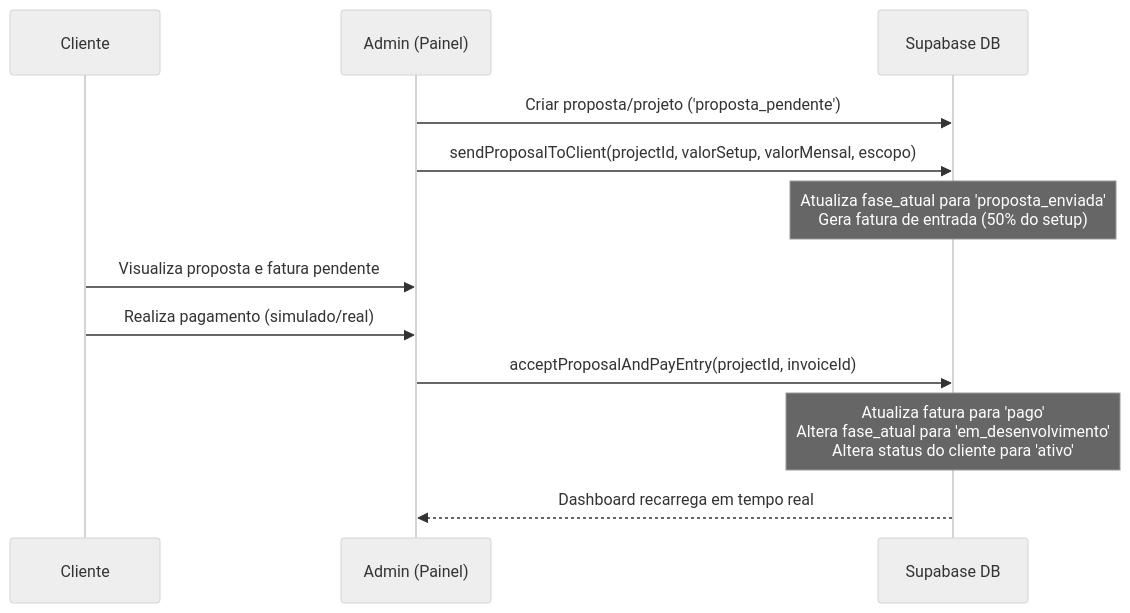
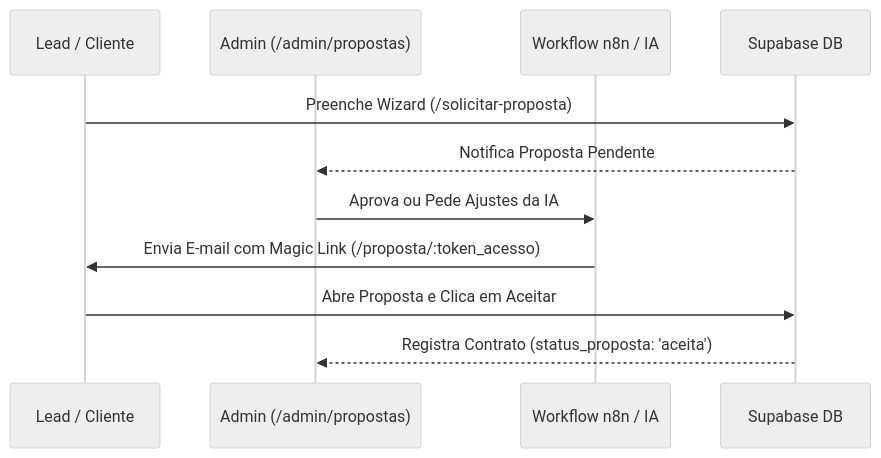
Before and after one commit to wlidemberg/automation-test: the diagram in documentacao/arquitetura_backend.md, drawn with Mermaid (neutral theme). The commit also changed other lines of this file and 3 other files, not shown here.

Commit message:
docs: atualiza toda a documentacao oficial do projeto e da arquitetura

````diff
--- a/documentacao/arquitetura_backend.md
+++ b/documentacao/arquitetura_backend.md
@@ -329,15 +108,14 @@
 ```mermaid
 sequenceDiagram
-    participant C as Cliente
-    participant A as Admin (Painel)
+    participant Lead as Lead / Cliente
+    participant Admin as Admin (/admin/propostas)
+    participant N8N as Workflow n8n / IA
     participant DB as Supabase DB
 
-    A->>DB: Criar proposta/projeto ('proposta_pendente')
-    A->>DB: sendProposalToClient(projectId, valorSetup, valorMensal, escopo)
-    Note over DB: Atualiza fase_atual para 'proposta_enviada'<br/>Gera fatura de entrada (50% do setup)
-    C->>A: Visualiza proposta e fatura pendente
-    C->>A: Realiza pagamento (simulado/real)
-    A->>DB: acceptProposalAndPayEntry(projectId, invoiceId)
-    Note over DB: Atualiza fatura para 'pago'<br/>Altera fase_atual para 'em_desenvolvimento'<br/>Altera status do cliente para 'ativo'
-    DB-->>A: Dashboard recarrega em tempo real
+    Lead->>DB: Preenche Wizard (/solicitar-proposta)
+    DB-->>Admin: Notifica Proposta Pendente
+    Admin->>N8N: Aprova ou Pede Ajustes da IA
+    N8N->>Lead: Envia E-mail com Magic Link (/proposta/:token_acesso)
+    Lead->>DB: Abre Proposta e Clica em Aceitar
+    DB-->>Admin: Registra Contrato (status_proposta: 'aceita')
 ```
````
